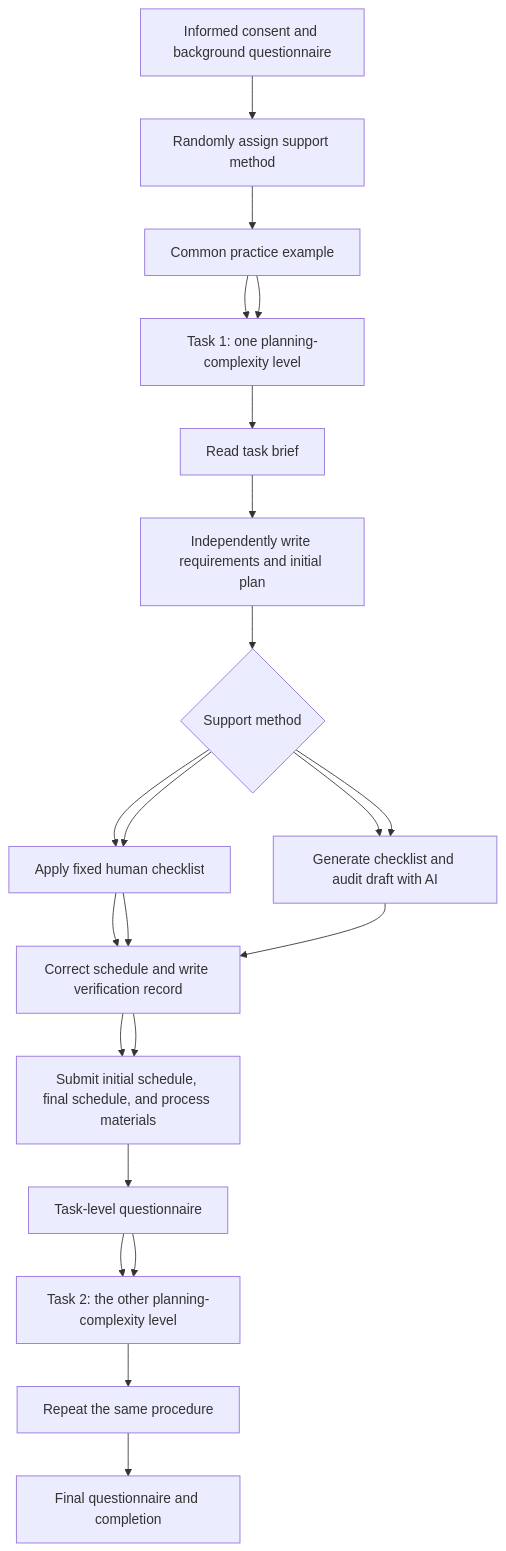
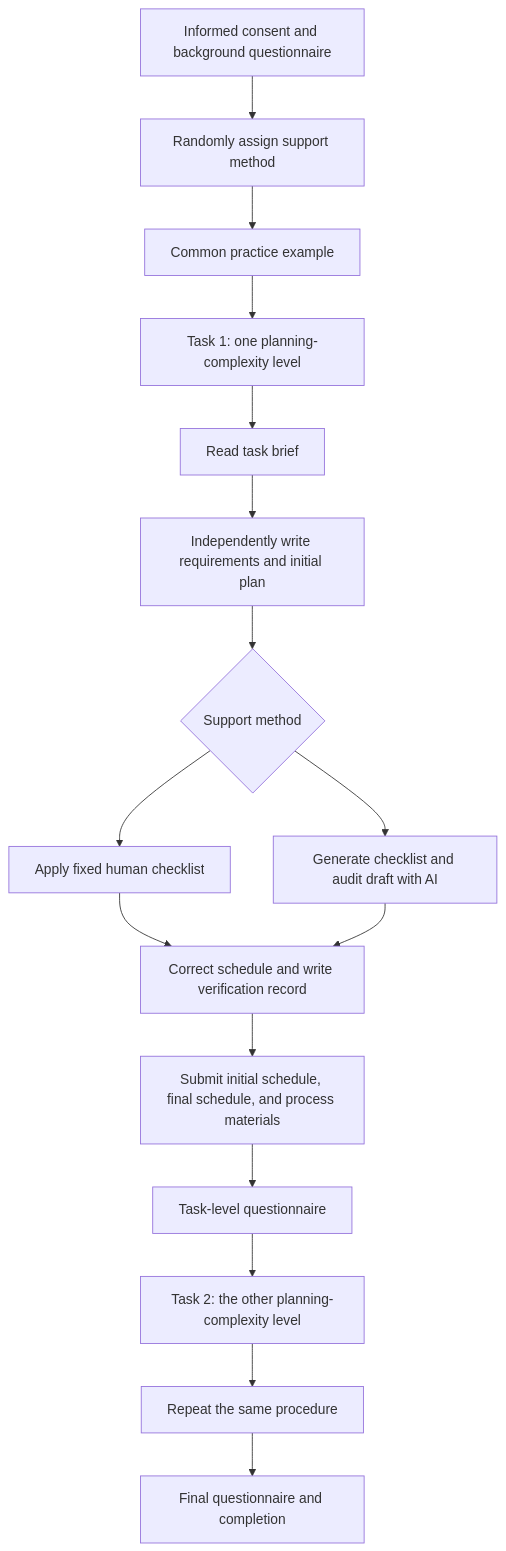
Before and after one commit to coco123-123/ADS401.G.github.io: the second of 4 diagrams in README.md, drawn with Mermaid. The commit also changed other lines of this file, not shown here.

````diff
--- a/README.md
+++ b/README.md
@@ -451,24 +355,18 @@
 ```mermaid
 flowchart TD
     A[Informed consent and background questionnaire] --> B[Randomly assign support method]
     B --> C[Common practice example]
-    C --> D[Task 1: one complexity level]
     C --> D[Task 1: one planning-complexity level]
     D --> E1[Read task brief]
     E1 --> E2[Independently write requirements and initial plan]
     E2 --> E3{Support method}
-    E3 --> F1[Human checklist]
-    E3 --> F2[AI planning support]
-    F1 --> G[Write final plan and decision record]
     E3 --> F1[Apply fixed human checklist]
     E3 --> F2[Generate checklist and audit draft with AI]
     F1 --> G[Correct schedule and write verification record]
     F2 --> G
-    G --> H[Submit initial plan, final plan, and process materials]
     G --> H[Submit initial schedule, final schedule, and process materials]
     H --> I[Task-level questionnaire]
-    I --> J[Task 2: the other complexity level]
     I --> J[Task 2: the other planning-complexity level]
     J --> K[Repeat the same procedure]
     K --> L[Final questionnaire and completion]
 ```
````
